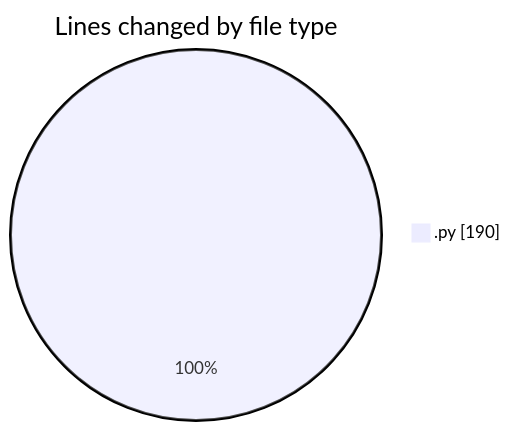
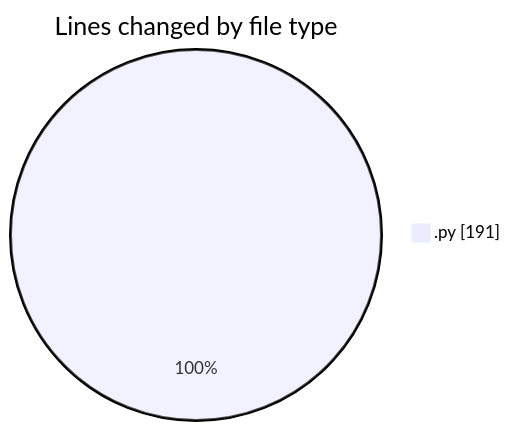
The first of 2 diagrams in 2025-03-26/cisp25/README.md (trdunsworth/code-tracking), drawn with Mermaid before and after one commit. The commit also changed other lines of this file and 1 other file, not shown here.

````diff
--- a/2025-03-26/cisp25/README.md
+++ b/2025-03-26/cisp25/README.md
@@ -20,5 +20,5 @@
 ```mermaid
 pie showData
 title Lines changed by file type
-".py" : 190
+".py" : 191
 ```
````
